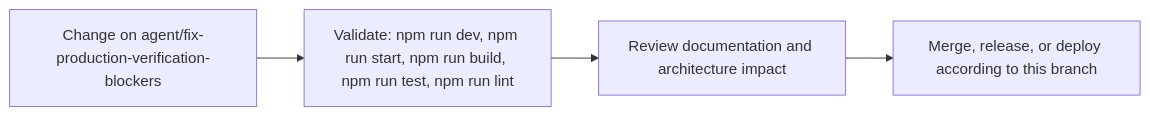
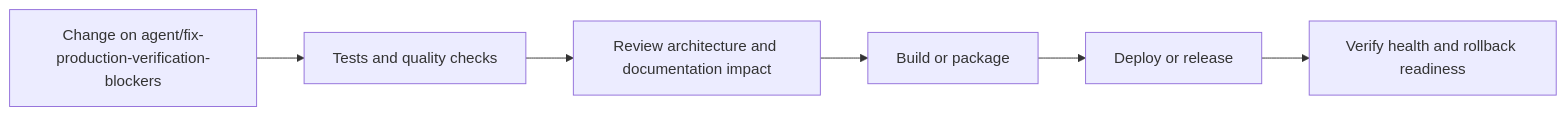
One commit to Nischhalsubba/BindForge-NW changed the fifth of 6 diagrams in README.md. Above: the diagram before and after it, drawn with Mermaid. The commit also changed other lines of this file, not shown here.

````diff
--- a/README.md
+++ b/README.md
@@ -87,8 +183,8 @@
 ```mermaid
 flowchart LR
-    CHANGE["Change on agent/fix-production-verification-blockers"]
-    CHECK["Validate: npm run dev, npm run start, npm run build, npm run test, npm run lint"]
-    REVIEW["Review documentation and architecture impact"]
-    RELEASE["Merge, release, or deploy according to this branch"]
-    CHANGE --> CHECK --> REVIEW --> RELEASE
+    CHANGE["Change on agent/fix-production-verification-blockers"] --> CHECK["Tests and quality checks"]
+    CHECK --> REVIEW["Review architecture and documentation impact"]
+    REVIEW --> BUILD["Build or package"]
+    BUILD --> DEPLOY["Deploy or release"]
+    DEPLOY --> VERIFY["Verify health and rollback readiness"]
 ```
````
